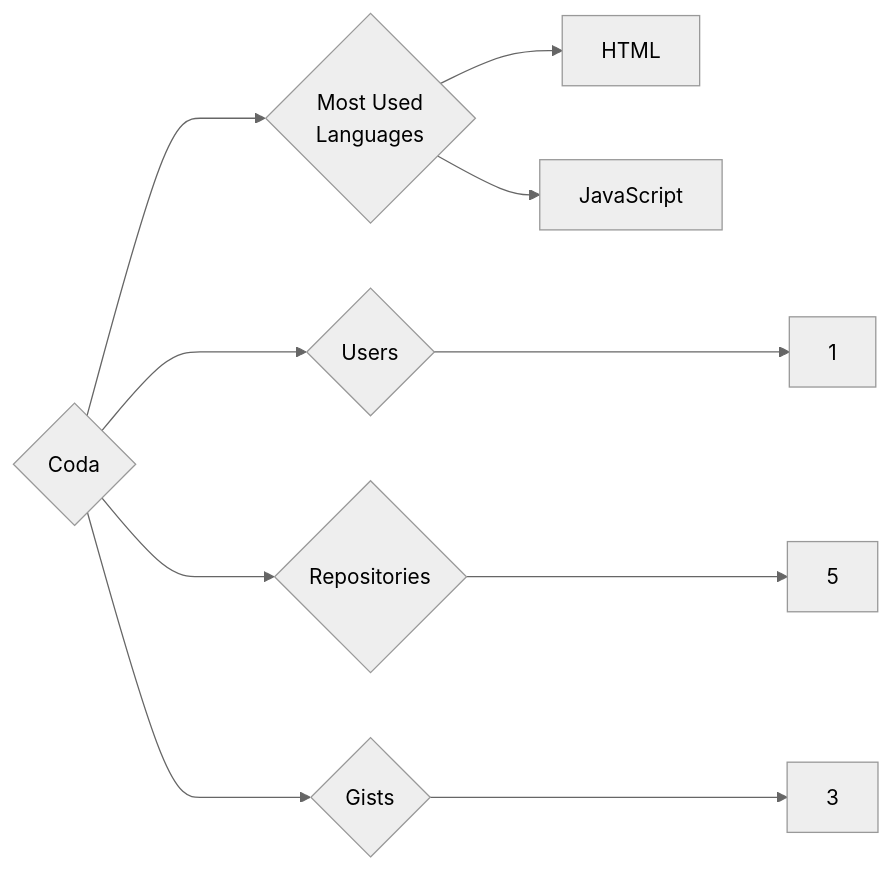
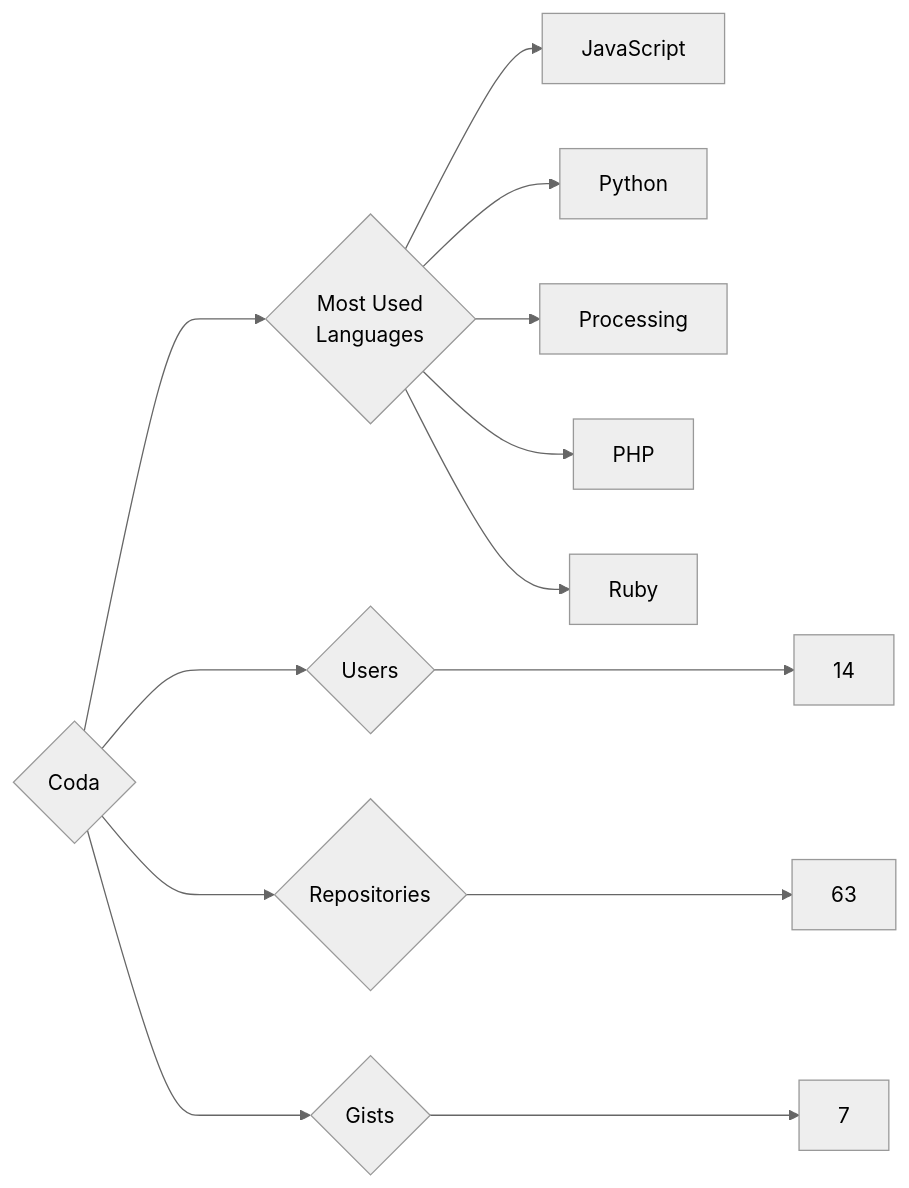
The diagram in targets/Coda/README.md (trickest/insiders), drawn with Mermaid (neutral theme) before and after one commit. The commit also changed 924 other files, not shown here.

````diff
--- a/targets/Coda/README.md
+++ b/targets/Coda/README.md
@@ -3,10 +3,13 @@
 ```mermaid
 graph LR
 COMPANY_NAME{Coda}
-COMPANY_NAME ---> U{Users} ---> UN[1]
-COMPANY_NAME ---> R{Repositories} ---> RN[5]
-COMPANY_NAME ---> G{Gists} ---> GN[3]
+COMPANY_NAME ---> U{Users} ---> UN[14]
+COMPANY_NAME ---> R{Repositories} ---> RN[63]
+COMPANY_NAME ---> G{Gists} ---> GN[7]
 COMPANY_NAME ---> ML{Most Used<br>Languages}
-ML --> HTML[HTML]
 ML --> JavaScript[JavaScript]
+ML --> Python[Python]
+ML --> Processing[Processing]
+ML --> PHP[PHP]
+ML --> Ruby[Ruby]
 ```
````
